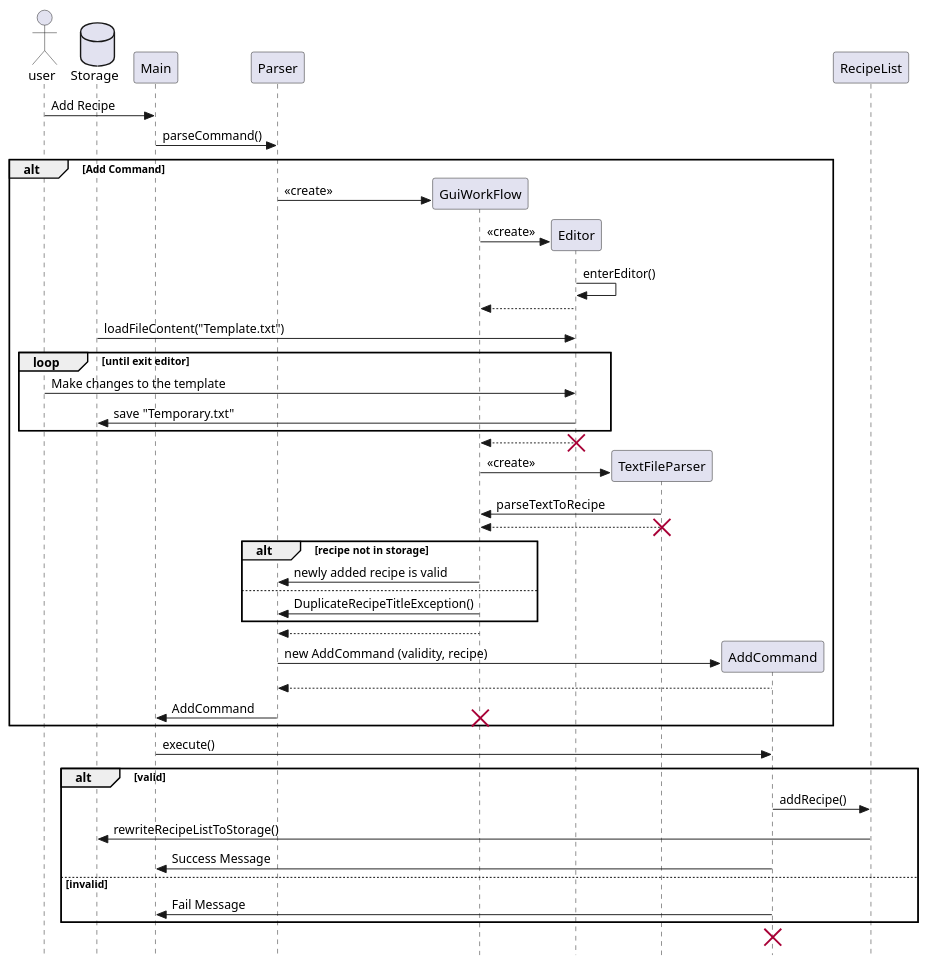
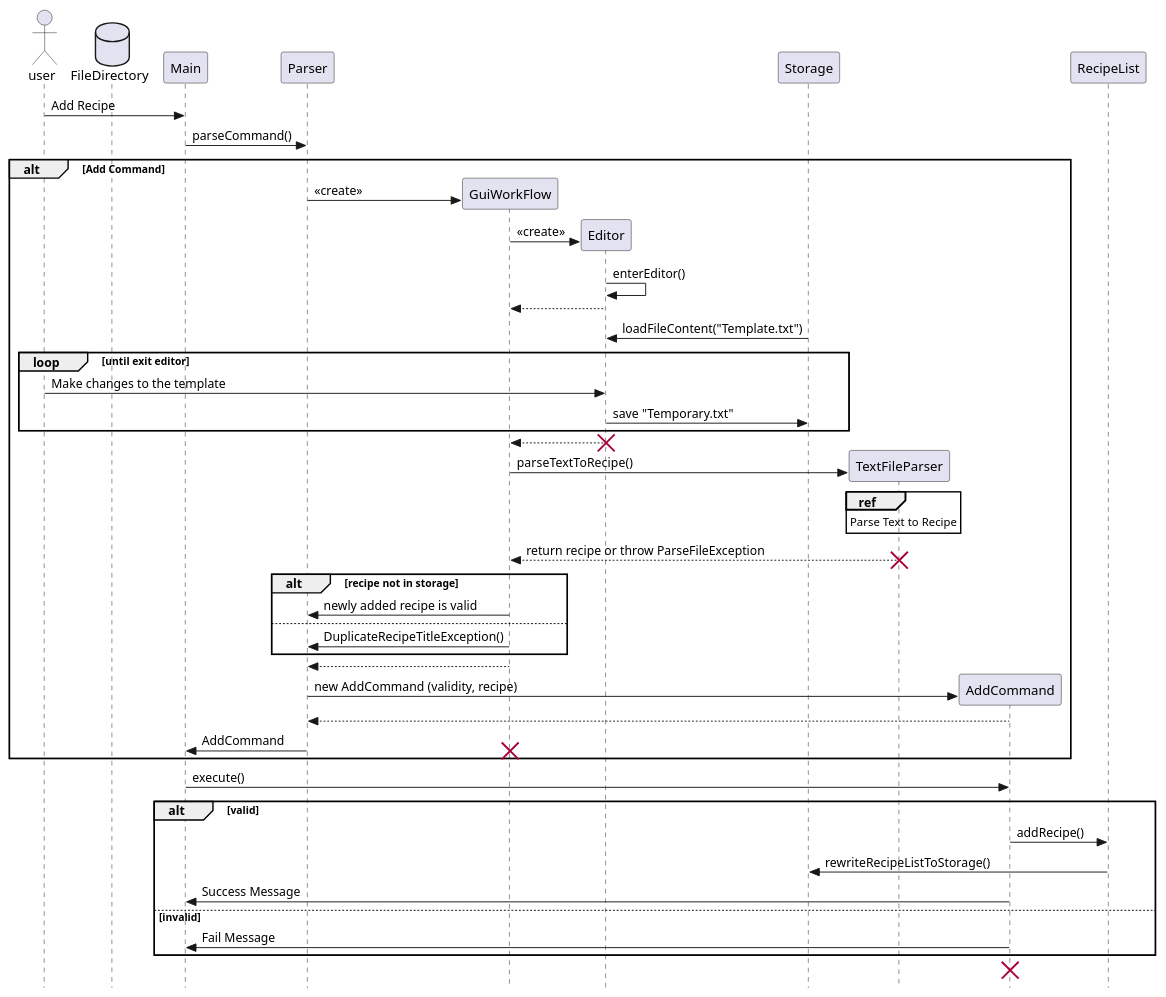
Before and after one commit to nus-cs2113-AY2223S1/tp: the diagram in docs/SequenceDiagram/AddEditor.puml, drawn with PlantUML. The commit also changed 15 other files, not shown here.

```diff
--- a/docs/SequenceDiagram/AddEditor.puml
+++ b/docs/SequenceDiagram/AddEditor.puml
@@ -1,58 +1,60 @@
 @startuml
 skinparam Style strictuml
 actor user
-database Storage
+database FileDirectory
 user -> Main : Add Recipe
 Main -> Parser: parseCommand()
 create Parser
 create GuiWorkFlow
 
 alt Add Command
 Parser -> GuiWorkFlow: <<create>>
 
 create Editor
 GuiWorkFlow -> Editor: <<create>>
 
 Editor -> Editor : enterEditor()
 Editor --> GuiWorkFlow:
 Storage -> Editor: loadFileContent("Template.txt")
 
 loop until exit editor
 user -> Editor: Make changes to the template
 Editor -> Storage: save "Temporary.txt"
 end
 
 Editor --> GuiWorkFlow:
 destroy Editor
 
 create TextFileParser
-GuiWorkFlow -> TextFileParser: <<create>>
-TextFileParser -> GuiWorkFlow: parseTextToRecipe
-TextFileParser --> GuiWorkFlow
+GuiWorkFlow -> TextFileParser: parseTextToRecipe()
+ref over TextFileParser
+Parse Text to Recipe
+end
+TextFileParser --> GuiWorkFlow: return recipe or throw ParseFileException
 destroy TextFileParser
 
 alt recipe not in storage
     GuiWorkFlow -> Parser: newly added recipe is valid
 else
     GuiWorkFlow -> Parser: DuplicateRecipeTitleException()
 end
 
 GuiWorkFlow --> Parser:
 
 create AddCommand
 Parser -> AddCommand: new AddCommand (validity, recipe)
 AddCommand --> Parser:
 Parser -> Main : AddCommand
 destroy GuiWorkFlow
 end
 Main -> AddCommand: execute()
 alt valid
     AddCommand -> RecipeList: addRecipe()
     RecipeList -> Storage: rewriteRecipeListToStorage()
     AddCommand -> Main: Success Message
 else invalid
     AddCommand -> Main: Fail Message
 end
 destroy AddCommand
 
 @enduml
```
